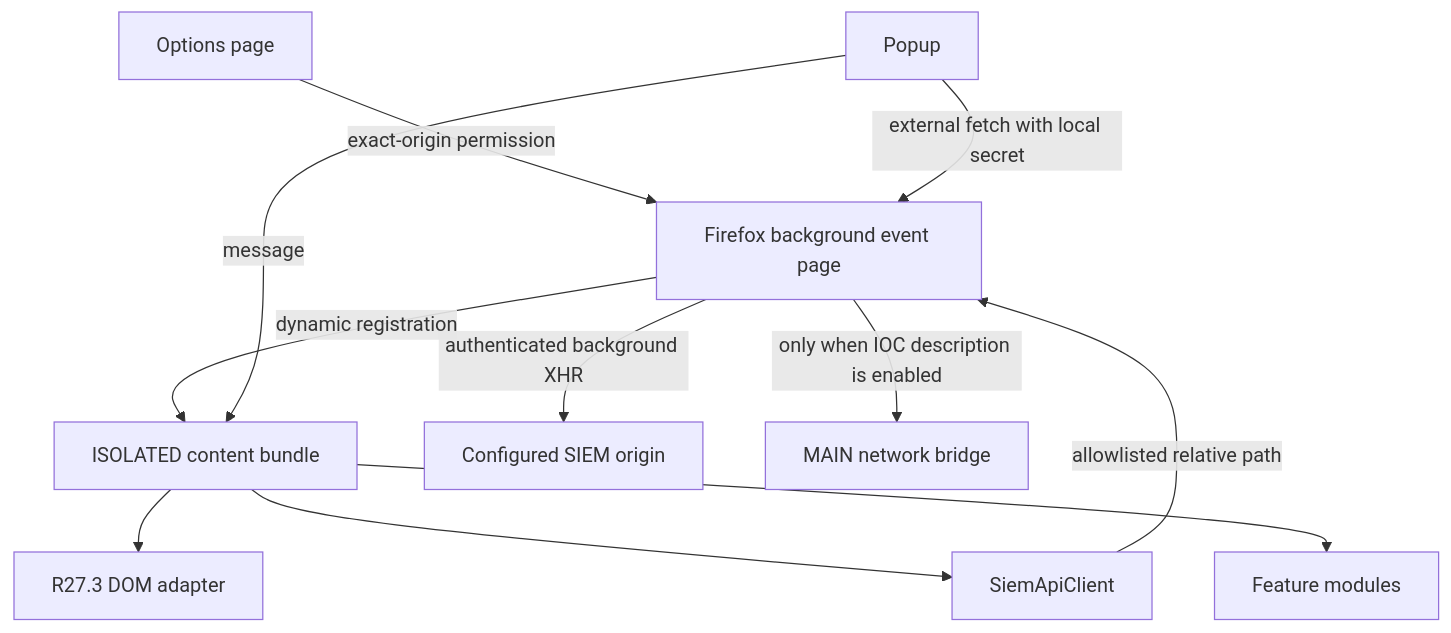
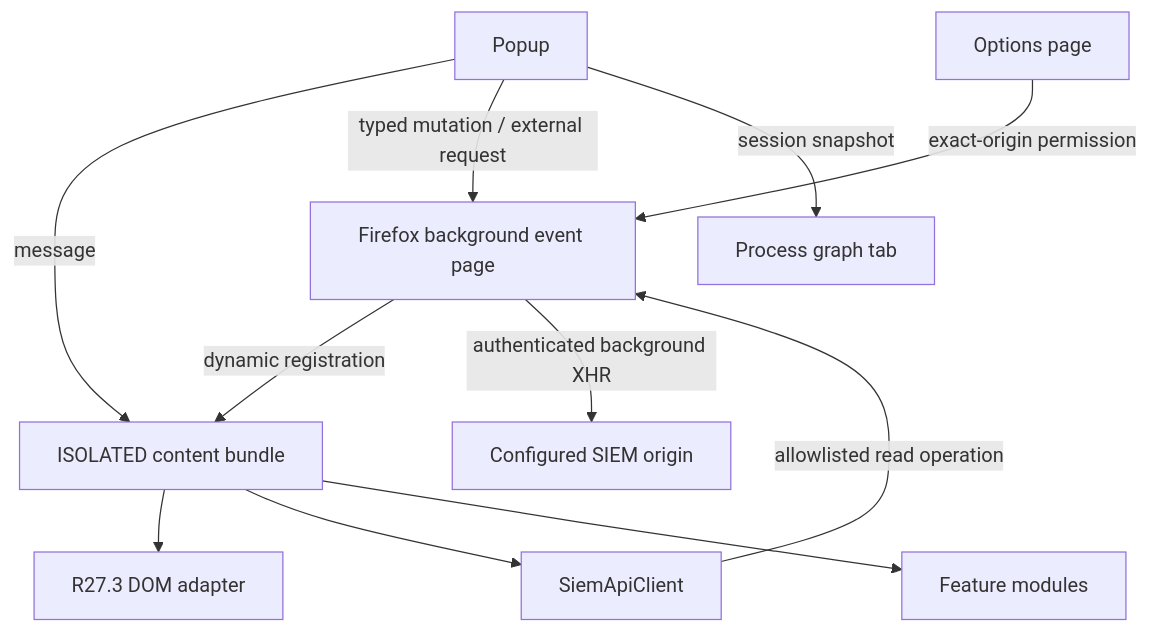
The diagram in docs/CURRENT_ARCHITECTURE.md (ISAIandCO/ApePatrol), drawn with Mermaid before and after one commit. The commit also changed other lines of this file and 13 other files, not shown here.

````diff
--- a/docs/CURRENT_ARCHITECTURE.md
+++ b/docs/CURRENT_ARCHITECTURE.md
@@ -16,13 +16,13 @@
 ```mermaid
 flowchart TD
   O["Options page"] -->|"exact-origin permission"| B["Firefox background event page"]
   B -->|"dynamic registration"| C["ISOLATED content bundle"]
   C --> D["R27.3 DOM adapter"]
   C --> A["SiemApiClient"]
-  A -->|"allowlisted relative path"| B
+  A -->|"allowlisted read operation"| B
   B -->|"authenticated background XHR"| S["Configured SIEM origin"]
   C --> F["Feature modules"]
-  B -->|"only when IOC description is enabled"| M["MAIN network bridge"]
   P["Popup"] -->|"message"| C
-  P -->|"external fetch with local secret"| B
+  P -->|"typed mutation / external request"| B
+  P -->|"session snapshot"| G["Process graph tab"]
 ```
````
